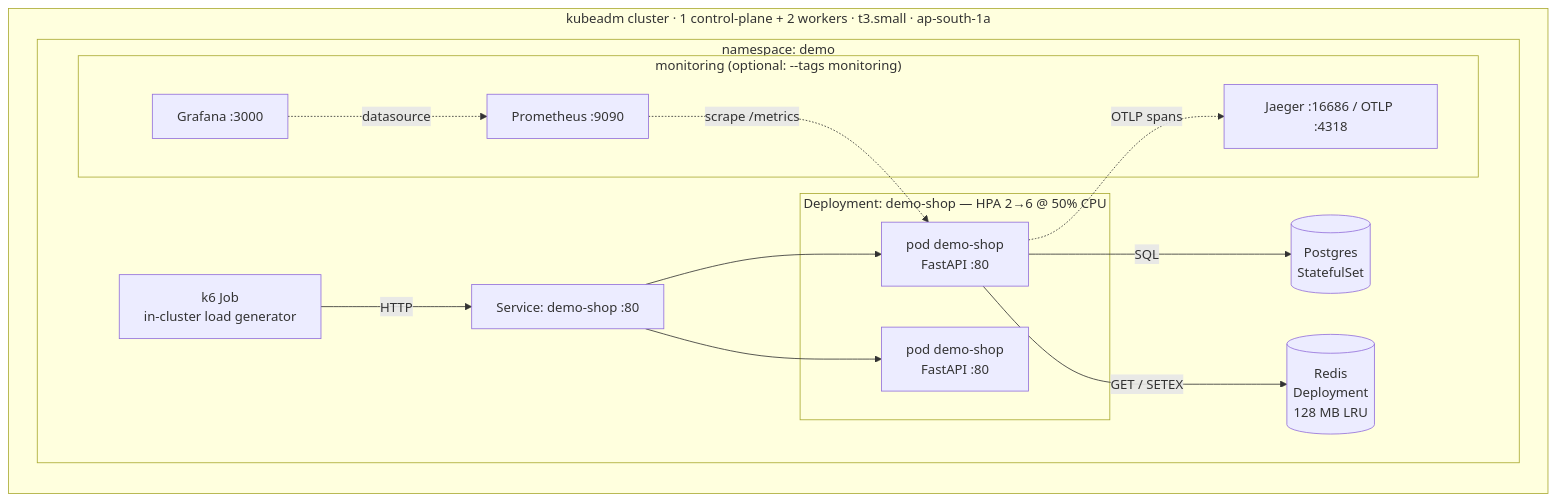
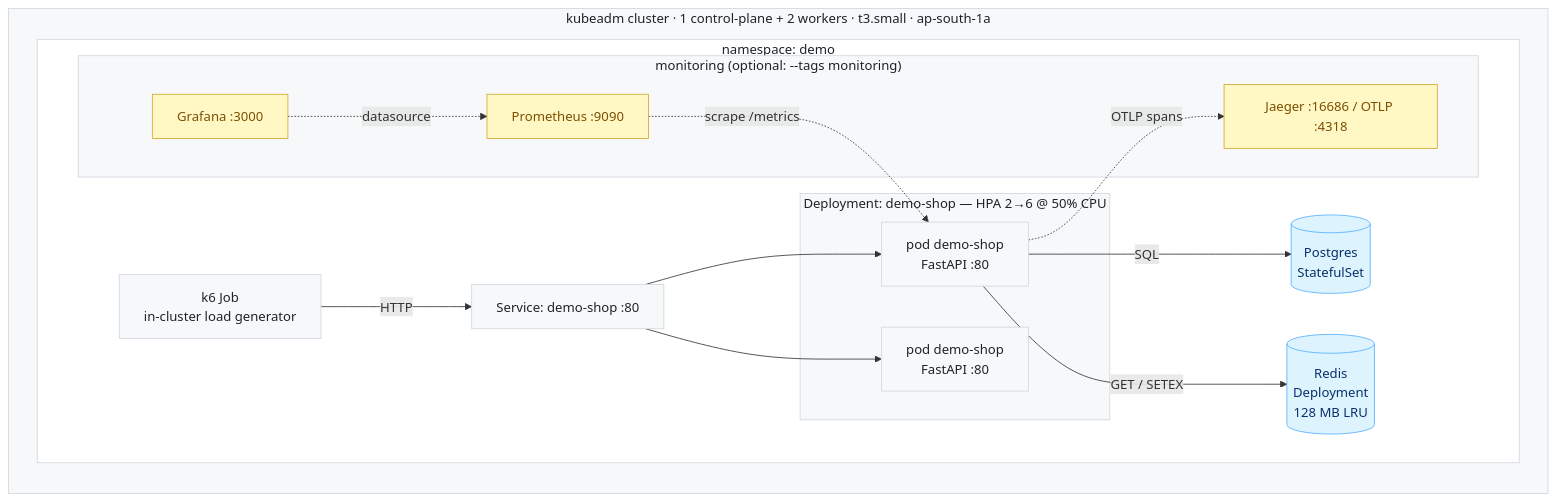
The third of 8 diagrams in README.md (Ansh-dhanani/Distributed-system-load-analysis), drawn with Mermaid before and after one commit. The commit also changed other lines of this file, not shown here.

First line of the commit message:
docs: unify mermaid styling with a clean, theme-safe palette

````diff
--- a/README.md
+++ b/README.md
@@ -81,35 +88,45 @@
 ```mermaid
 flowchart TB
     subgraph LAB["kubeadm cluster · 1 control-plane + 2 workers · t3.small · ap-south-1a"]
         direction TB
 
         subgraph NS["namespace: demo"]
             K6["k6 Job<br/>in-cluster load generator"]
 
             SVC["Service: demo-shop :80"]
 
             subgraph APPS["Deployment: demo-shop — HPA 2→6 @ 50% CPU"]
                 A1["pod demo-shop<br/>FastAPI :80"]
                 A2["pod demo-shop<br/>FastAPI :80"]
             end
 
             PG[("Postgres<br/>StatefulSet")]
             RD[("Redis<br/>Deployment<br/>128 MB LRU")]
 
             subgraph OBS["monitoring (optional: --tags monitoring)"]
                 PROM["Prometheus :9090"]
                 GRAF["Grafana :3000"]
                 JAEG["Jaeger :16686 / OTLP :4318"]
             end
         end
     end
 
     K6 -->|"HTTP"| SVC
     SVC --> A1
     SVC --> A2
     A1 -->|"SQL"| PG
     A1 -->|"GET / SETEX"| RD
     A1 -.->|"OTLP spans"| JAEG
     PROM -.->|"scrape /metrics"| A1
     GRAF -.->|"datasource"| PROM
+
+    classDef default fill:#f6f8fa,stroke:#d0d7de,color:#1f2328;
+    classDef data fill:#ddf4ff,stroke:#54aeff,color:#0a3069;
+    classDef obs  fill:#fff8c5,stroke:#d4a72c,color:#7d4e00;
+    class PG,RD data;
+    class PROM,GRAF,JAEG obs;
+    style LAB fill:#f6f8fa,stroke:#d0d7de,color:#1f2328
+    style NS fill:#ffffff,stroke:#d0d7de,color:#1f2328
+    style APPS fill:#f6f8fa,stroke:#d0d7de,color:#1f2328
+    style OBS fill:#f6f8fa,stroke:#d0d7de,color:#1f2328
 ```
````
